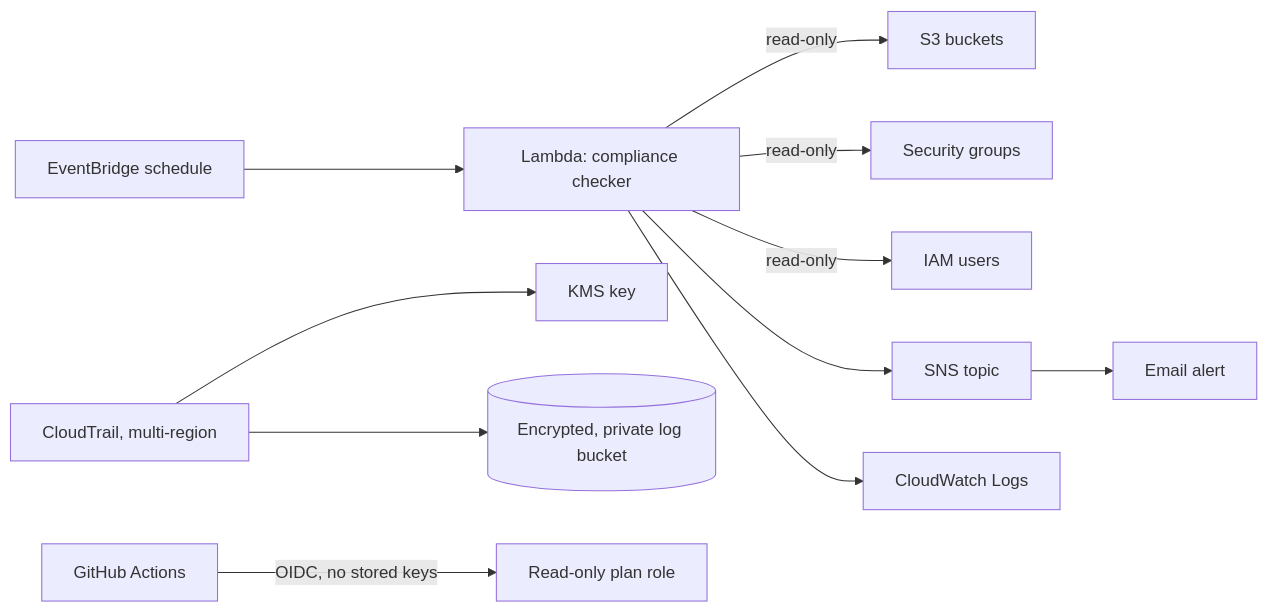
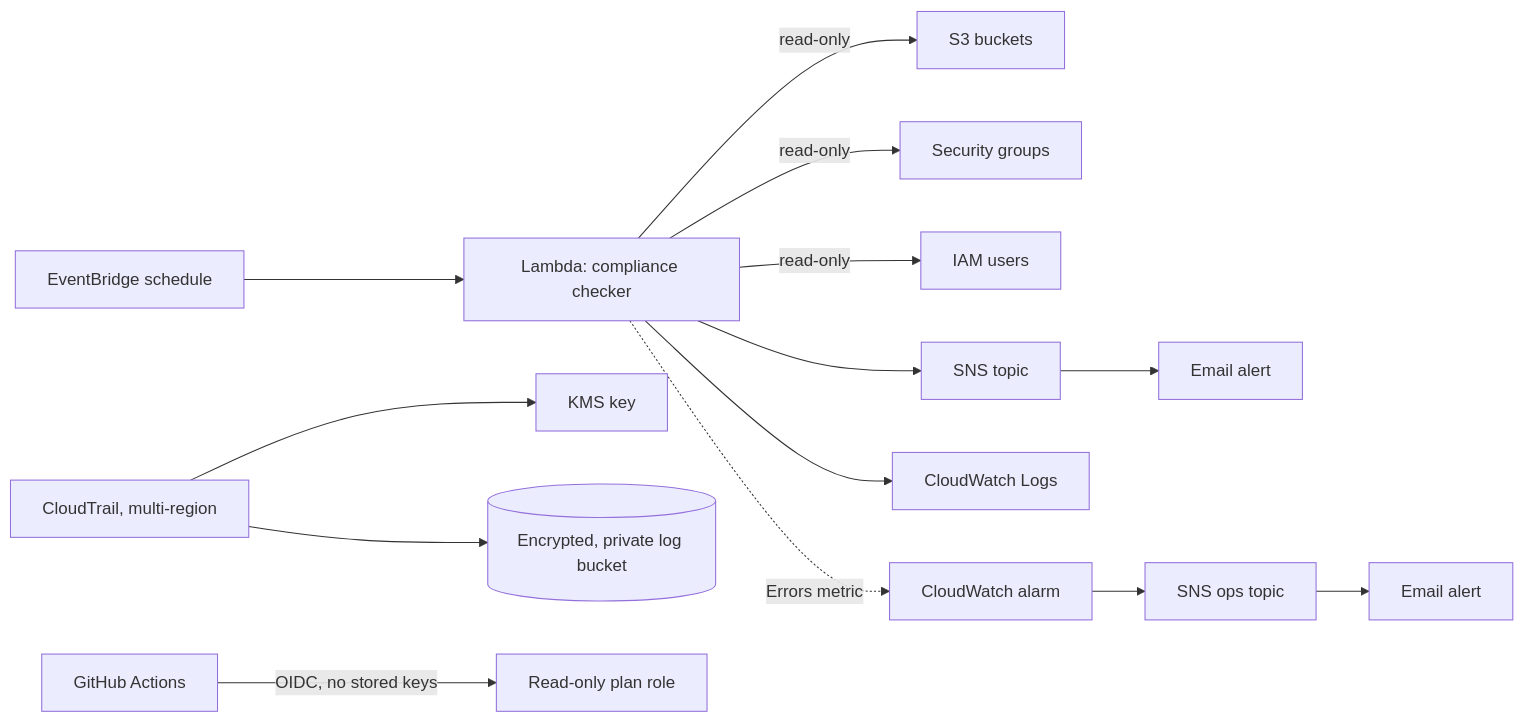
Before and after one commit to vasudhakatal/aws-landing-zone-lite: the diagram in README.md, drawn with Mermaid. The commit also changed other lines of this file and 2 other files, not shown here.

Commit message:
Add Lambda error alarm, ops alert topic and dashboard

````diff
--- a/README.md
+++ b/README.md
@@ -27,13 +26,14 @@
 ```mermaid
 flowchart LR
     eb[EventBridge schedule] --> fn[Lambda: compliance checker]
     fn -->|read-only| s3[S3 buckets]
     fn -->|read-only| ec2[Security groups]
     fn -->|read-only| iam[IAM users]
     fn --> sns[SNS topic] --> mail[Email alert]
     fn --> logs[CloudWatch Logs]
+    fn -.->|Errors metric| alarm[CloudWatch alarm] --> ops[SNS ops topic] --> mail2[Email alert]
 
     trail[CloudTrail, multi-region] --> kms[KMS key]
     trail --> bucket[(Encrypted, private log bucket)]
     gh[GitHub Actions] -->|OIDC, no stored keys| role[Read-only plan role]
 ```
````
